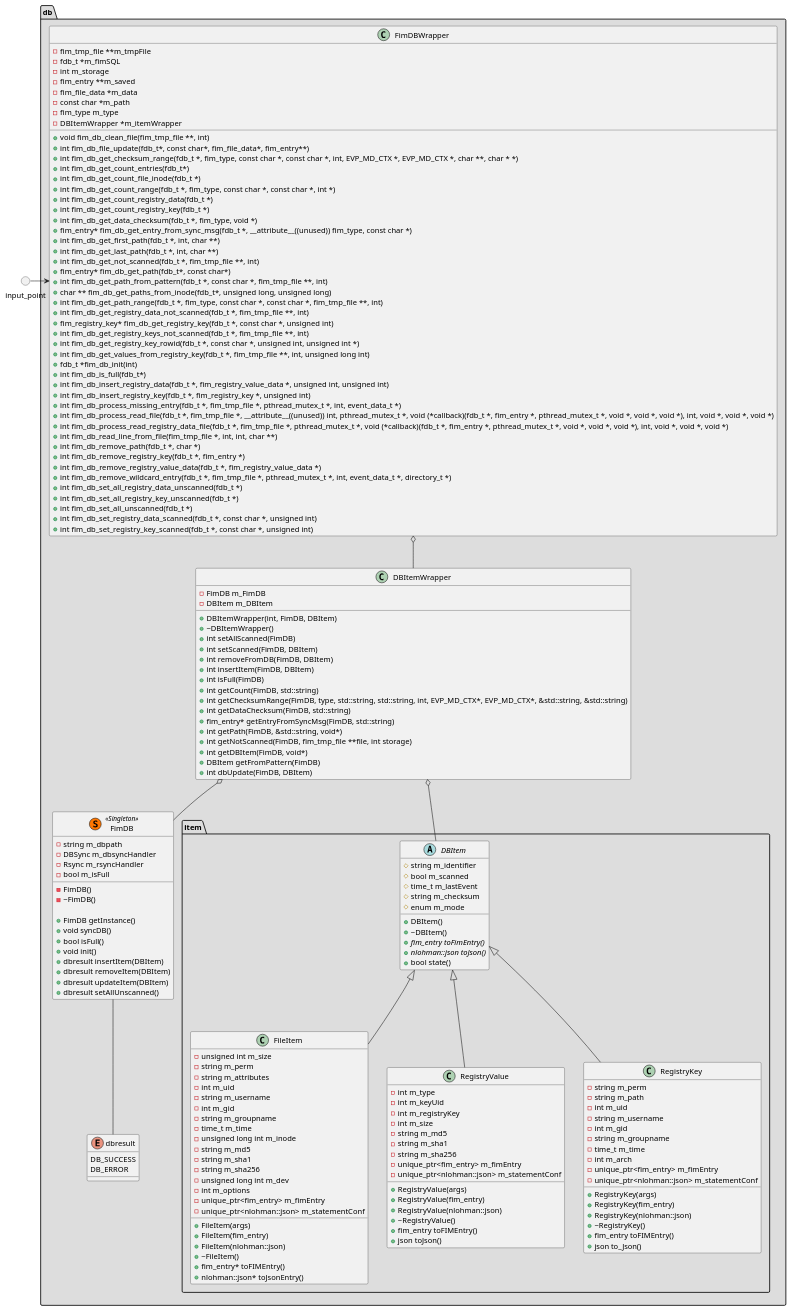
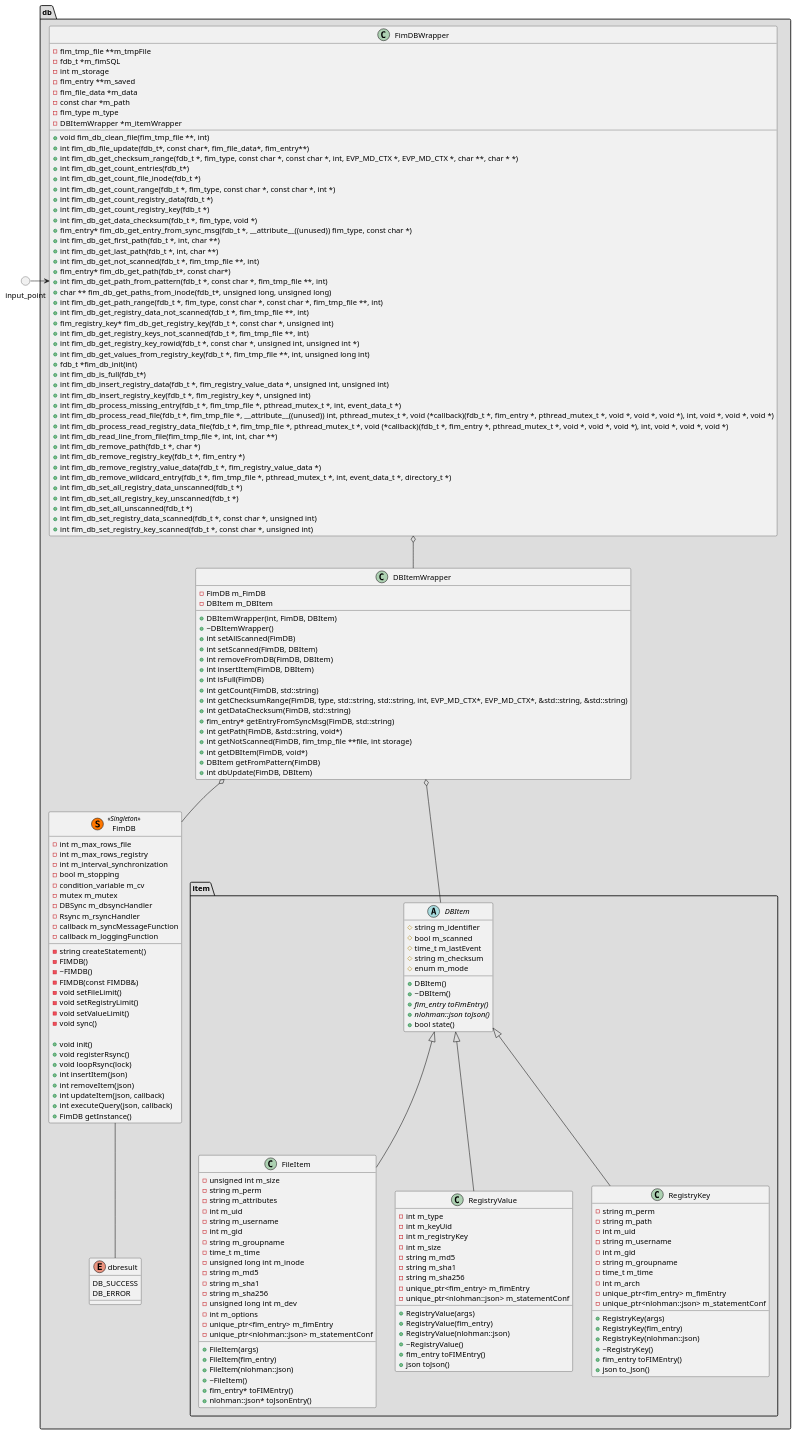
One commit to wazuh/wazuh-agent changed the diagram in architecture/FIM/db/class.puml. Above: the diagram before and after it, drawn with PlantUML.

Commit message:
Modified class diagram UML for FIMDB

```diff
--- a/architecture/FIM/db/class.puml
+++ b/architecture/FIM/db/class.puml
@@ -1,184 +1,197 @@
 @startuml db_class
 package "db" <<Folder>> #DDDDDD{
     enum "dbresult" {
         DB_SUCCESS
         DB_ERROR
     }
     package "item" <<Folder>> {
         abstract DBItem {
             # string m_identifier
             # bool m_scanned
             # time_t m_lastEvent
             # string m_checksum
             # enum m_mode
 
             + DBItem()
             + ~DBItem()
             + {abstract} fim_entry toFimEntry()
             + {abstract} nlohman::json toJson()
             + bool state()
         }
 
         class FileItem {
             - unsigned int m_size
             - string m_perm
             - string m_attributes
             - int m_uid
             - string m_username
             - int m_gid
             - string m_groupname
             - time_t m_time
             - unsigned long int m_inode
             - string m_md5
             - string m_sha1
             - string m_sha256
             - unsigned long int m_dev
             - int m_options
             - unique_ptr<fim_entry> m_fimEntry
             - unique_ptr<nlohman::json> m_statementConf
 
             + FileItem(args)
             + FileItem(fim_entry)
             + FileItem(nlohman::json)
             + ~FileItem()
             + fim_entry* toFIMEntry()
             + nlohman::json* toJsonEntry()
         }
         class "RegistryValue" {
             - int m_type
             - int m_keyUid
             - int m_registryKey
             - int m_size
             - string m_md5
             - string m_sha1
             - string m_sha256
             - unique_ptr<fim_entry> m_fimEntry
             - unique_ptr<nlohman::json> m_statementConf
 
             + RegistryValue(args)
             + RegistryValue(fim_entry)
             + RegistryValue(nlohman::json)
             + ~RegistryValue()
             + fim_entry toFIMEntry()
             + json toJson()
         }
         class "RegistryKey" {
             - string m_perm
             - string m_path
             - int m_uid
             - string m_username
             - int m_gid
             - string m_groupname
             - time_t m_time
             - int m_arch
             - unique_ptr<fim_entry> m_fimEntry
             - unique_ptr<nlohman::json> m_statementConf
 
             + RegistryKey(args)
             + RegistryKey(fim_entry)
             + RegistryKey(nlohman::json)
             + ~RegistryKey()
             + fim_entry toFIMEntry()
             + json to_Json()
         }
     }
     class "FimDB"  <<(S,#FF7700) Singleton>> {
-        - string m_dbpath
+        - int m_max_rows_file
+        - int m_max_rows_registry
+        - int m_interval_synchronization
+        - bool m_stopping
+        - condition_variable m_cv
+        - mutex m_mutex
         - DBSync m_dbsyncHandler
         - Rsync m_rsyncHandler
-        - bool m_isFull
-        - FimDB()
-        - ~FimDB()
+        - callback m_syncMessageFunction
+        - callback m_loggingFunction
 
+        - string createStatement()
+        - FIMDB()
+        - ~FIMDB()
+        - FIMDB(const FIMDB&)
+        - void setFileLimit()
+        - void setRegistryLimit()
+        - void setValueLimit()
+        - void sync()
+
+        + void init()
+        + void registerRsync()
+        + void loopRsync(lock)
+        + int insertItem(json)
+        + int removeItem(json)
+        + int updateItem(json, callback)
+        + int executeQuery(json, callback)
         + FimDB getInstance()
-        + void syncDB()
-        + bool isFull()
-        + void init()
-        + dbresult insertItem(DBItem)
-        + dbresult removeItem(DBItem)
-        + dbresult updateItem(DBItem)
-        + dbresult setAllUnscanned()
     }
     class FimDBWrapper {
         - fim_tmp_file **m_tmpFile
         - fdb_t *m_fimSQL
         - int m_storage
         - fim_entry **m_saved
         - fim_file_data *m_data
         - const char *m_path
         - fim_type m_type
         - DBItemWrapper *m_itemWrapper
 
         + void fim_db_clean_file(fim_tmp_file **, int)
         + int fim_db_file_update(fdb_t*, const char*, fim_file_data*, fim_entry**)
         + int fim_db_get_checksum_range(fdb_t *, fim_type, const char *, const char *, int, EVP_MD_CTX *, EVP_MD_CTX *, char **, char * *)
         + int fim_db_get_count_entries(fdb_t*)
         + int fim_db_get_count_file_inode(fdb_t *)
         + int fim_db_get_count_range(fdb_t *, fim_type, const char *, const char *, int *)
         + int fim_db_get_count_registry_data(fdb_t *)
         + int fim_db_get_count_registry_key(fdb_t *)
         + int fim_db_get_data_checksum(fdb_t *, fim_type, void *)
         + fim_entry* fim_db_get_entry_from_sync_msg(fdb_t *, __attribute__((unused)) fim_type, const char *)
         + int fim_db_get_first_path(fdb_t *, int, char **)
         + int fim_db_get_last_path(fdb_t *, int, char **)
         + int fim_db_get_not_scanned(fdb_t *, fim_tmp_file **, int)
         + fim_entry* fim_db_get_path(fdb_t*, const char*)
         + int fim_db_get_path_from_pattern(fdb_t *, const char *, fim_tmp_file **, int)
         + char ** fim_db_get_paths_from_inode(fdb_t*, unsigned long, unsigned long)
         + int fim_db_get_path_range(fdb_t *, fim_type, const char *, const char *, fim_tmp_file **, int)
         + int fim_db_get_registry_data_not_scanned(fdb_t *, fim_tmp_file **, int)
         + fim_registry_key* fim_db_get_registry_key(fdb_t *, const char *, unsigned int)
         + int fim_db_get_registry_keys_not_scanned(fdb_t *, fim_tmp_file **, int)
         + int fim_db_get_registry_key_rowid(fdb_t *, const char *, unsigned int, unsigned int *)
         + int fim_db_get_values_from_registry_key(fdb_t *, fim_tmp_file **, int, unsigned long int)
         + fdb_t *fim_db_init(int)
         + int fim_db_is_full(fdb_t*)
         + int fim_db_insert_registry_data(fdb_t *, fim_registry_value_data *, unsigned int, unsigned int)
         + int fim_db_insert_registry_key(fdb_t *, fim_registry_key *, unsigned int)
         + int fim_db_process_missing_entry(fdb_t *, fim_tmp_file *, pthread_mutex_t *, int, event_data_t *)
         + int fim_db_process_read_file(fdb_t *, fim_tmp_file *, __attribute__((unused)) int, pthread_mutex_t *, void (*callback)(fdb_t *, fim_entry *, pthread_mutex_t *, void *, void *, void *), int, void *, void *, void *)
         + int fim_db_process_read_registry_data_file(fdb_t *, fim_tmp_file *, pthread_mutex_t *, void (*callback)(fdb_t *, fim_entry *, pthread_mutex_t *, void *, void *, void *), int, void *, void *, void *)
         + int fim_db_read_line_from_file(fim_tmp_file *, int, int, char **)
         + int fim_db_remove_path(fdb_t *, char *)
         + int fim_db_remove_registry_key(fdb_t *, fim_entry *)
         + int fim_db_remove_registry_value_data(fdb_t *, fim_registry_value_data *)
         + int fim_db_remove_wildcard_entry(fdb_t *, fim_tmp_file *, pthread_mutex_t *, int, event_data_t *, directory_t *)
         + int fim_db_set_all_registry_data_unscanned(fdb_t *)
         + int fim_db_set_all_registry_key_unscanned(fdb_t *)
         + int fim_db_set_all_unscanned(fdb_t *)
         + int fim_db_set_registry_data_scanned(fdb_t *, const char *, unsigned int)
         + int fim_db_set_registry_key_scanned(fdb_t *, const char *, unsigned int)
     }
     class DBItemWrapper {
         - FimDB m_FimDB
         - DBItem m_DBItem
 
         + DBItemWrapper(int, FimDB, DBItem)
         + ~DBItemWrapper()
         + int setAllScanned(FimDB)
         + int setScanned(FimDB, DBItem)
         + int removeFromDB(FimDB, DBItem)
         + int insertItem(FimDB, DBItem)
         + int isFull(FimDB)
         + int getCount(FimDB, std::string)
         + int getChecksumRange(FimDB, type, std::string, std::string, int, EVP_MD_CTX*, EVP_MD_CTX*, &std::string, &std::string)
         + int getDataChecksum(FimDB, std::string)
         + fim_entry* getEntryFromSyncMsg(FimDB, std::string)
         + int getPath(FimDB, &std::string, void*)
         + int getNotScanned(FimDB, fim_tmp_file **file, int storage)
         + int getDBItem(FimDB, void*)
         + DBItem getFromPattern(FimDB)
         + int dbUpdate(FimDB, DBItem)
     }
 }
 circle input_point
 
 DBItem <|-- FileItem
 DBItem <|-- RegistryValue
 DBItem <|-- RegistryKey
 FimDBWrapper  o-- DBItemWrapper
 DBItemWrapper  o-- DBItem
 DBItemWrapper  o-- FimDB
 FimDB -- dbresult
 input_point => FimDBWrapper
 @enduml
```
